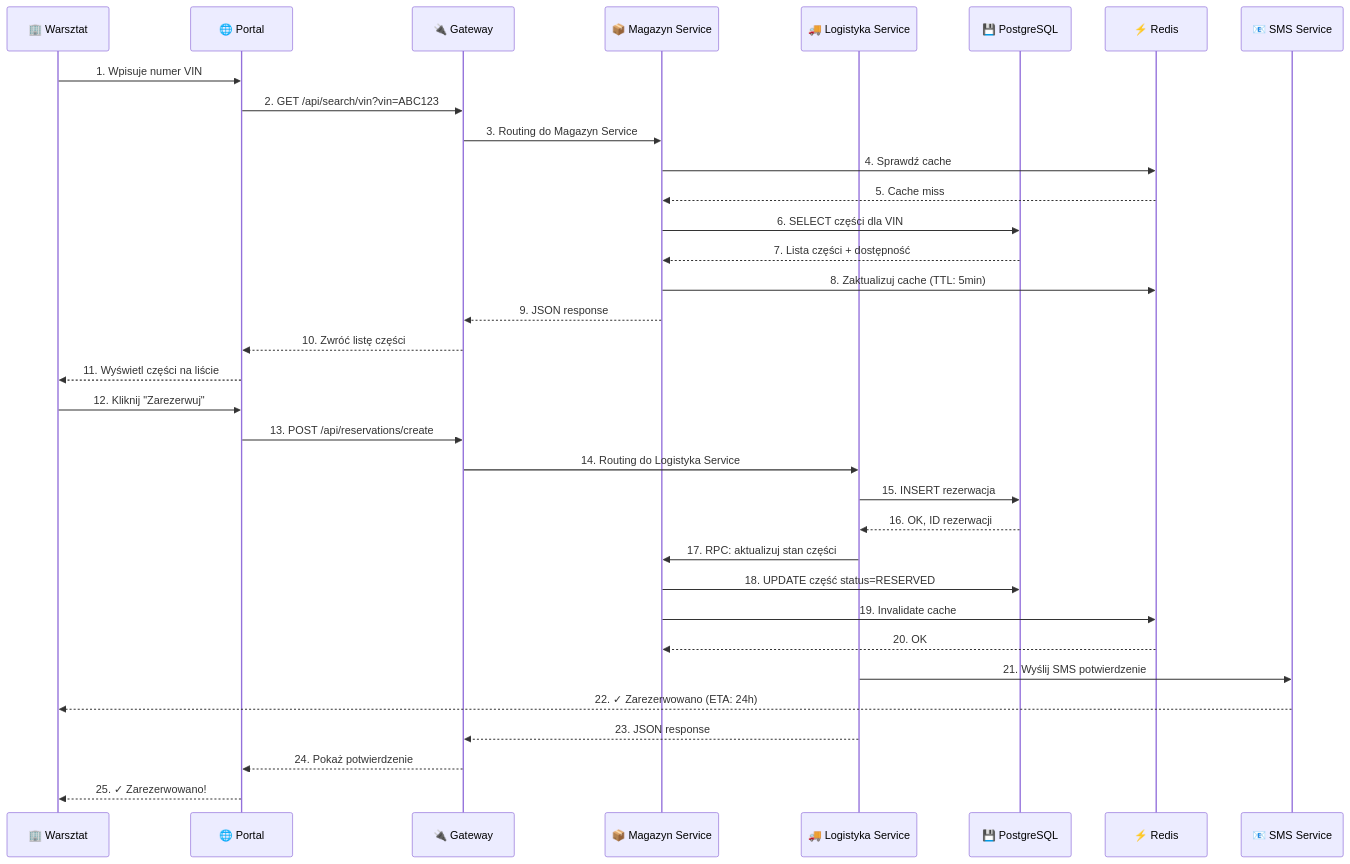
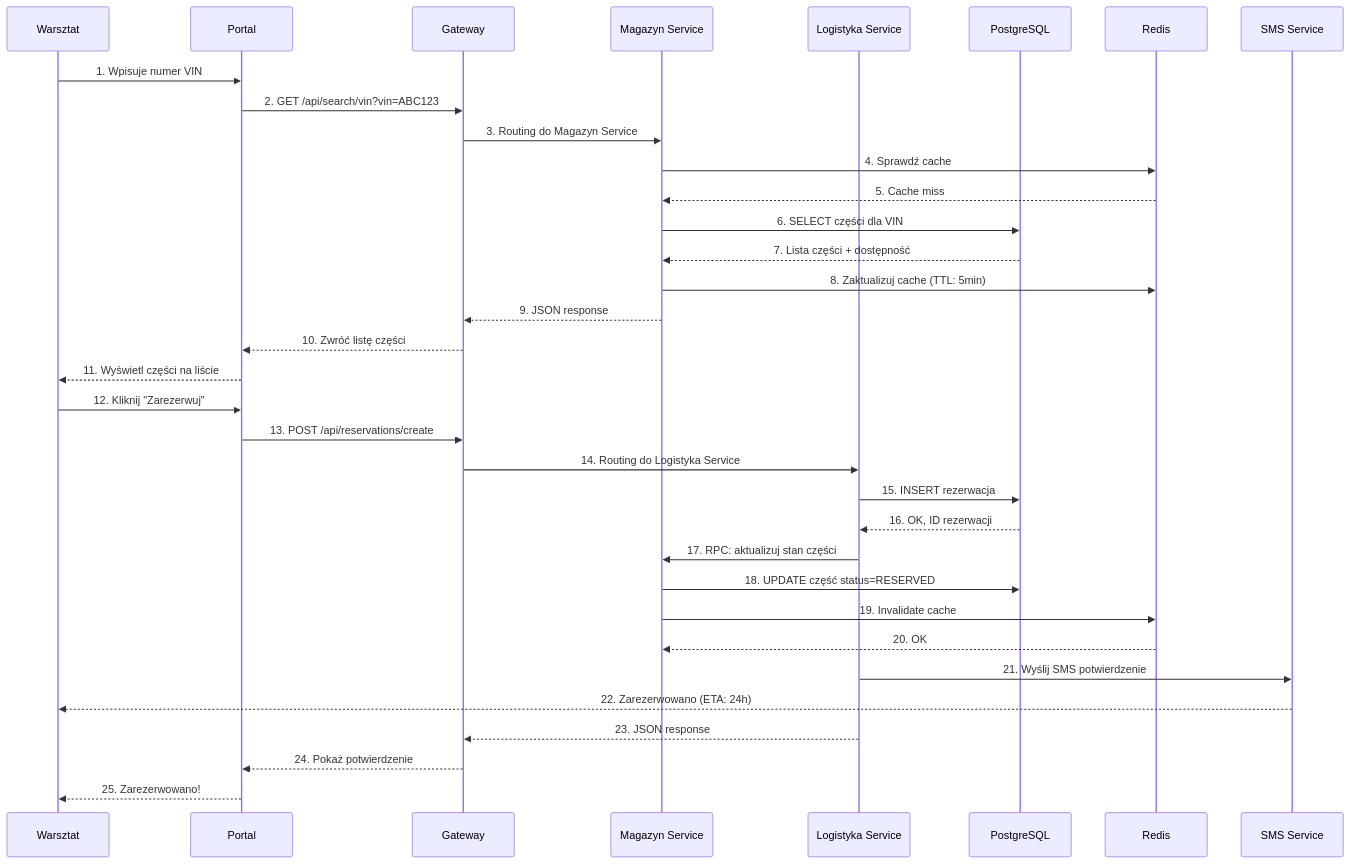
One commit to Jolanta27/Jolanta27 changed the third of 10 diagrams in projekt-magazyn/diagramy_mermaid.md. Above: the diagram before and after it, drawn with Mermaid. The commit also changed other lines of this file, not shown here.

Commit message:
Remove all icons/emojis from Mermaid diagrams

````diff
--- a/projekt-magazyn/diagramy_mermaid.md
+++ b/projekt-magazyn/diagramy_mermaid.md
@@ -150,38 +150,38 @@
 ```mermaid
 sequenceDiagram
-    participant Warsztat as 🏢 Warsztat
-    participant Portal as 🌐 Portal
-    participant Gateway as 🔌 Gateway
-    participant Magazyn as 📦 Magazyn Service
-    participant Logistyka as 🚚 Logistyka Service
-    participant DB as 💾 PostgreSQL
-    participant Cache as ⚡ Redis
-    participant SMS as 📧 SMS Service
+    participant Warsztat as Warsztat
+    participant Portal as Portal
+    participant Gateway as Gateway
+    participant Magazyn as Magazyn Service
+    participant Logistyka as Logistyka Service
+    participant DB as PostgreSQL
+    participant Cache as Redis
+    participant SMS as SMS Service
 
     Warsztat->>Portal: 1. Wpisuje numer VIN
     Portal->>Gateway: 2. GET /api/search/vin?vin=ABC123
     Gateway->>Magazyn: 3. Routing do Magazyn Service
     Magazyn->>Cache: 4. Sprawdź cache
     Cache-->>Magazyn: 5. Cache miss
     Magazyn->>DB: 6. SELECT części dla VIN
     DB-->>Magazyn: 7. Lista części + dostępność
     Magazyn->>Cache: 8. Zaktualizuj cache (TTL: 5min)
     Magazyn-->>Gateway: 9. JSON response
     Gateway-->>Portal: 10. Zwróć listę części
     Portal-->>Warsztat: 11. Wyświetl części na liście
 
     Warsztat->>Portal: 12. Kliknij "Zarezerwuj"
     Portal->>Gateway: 13. POST /api/reservations/create
     Gateway->>Logistyka: 14. Routing do Logistyka Service
     Logistyka->>DB: 15. INSERT rezerwacja
     DB-->>Logistyka: 16. OK, ID rezerwacji
     Logistyka->>Magazyn: 17. RPC: aktualizuj stan części
     Magazyn->>DB: 18. UPDATE część status=RESERVED
     Magazyn->>Cache: 19. Invalidate cache
     Cache-->>Magazyn: 20. OK
     Logistyka->>SMS: 21. Wyślij SMS potwierdzenie
-    SMS-->>Warsztat: 22. ✓ Zarezerwowano (ETA: 24h)
+    SMS-->>Warsztat: 22. Zarezerwowano (ETA: 24h)
     Logistyka-->>Gateway: 23. JSON response
     Gateway-->>Portal: 24. Pokaż potwierdzenie
-    Portal-->>Warsztat: 25. ✓ Zarezerwowano!
+    Portal-->>Warsztat: 25. Zarezerwowano!
 ```
````
